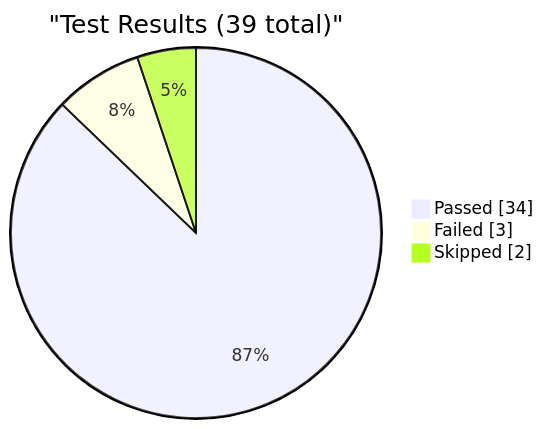
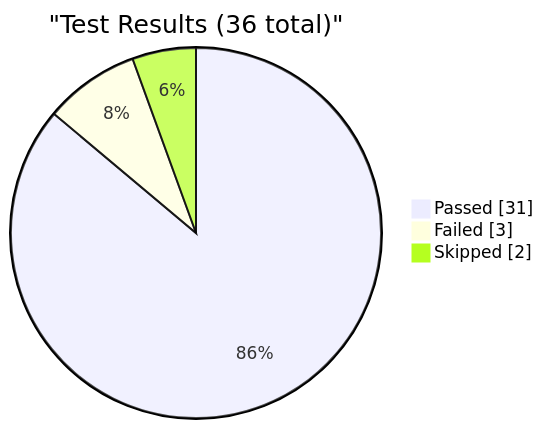
The first of 6 diagrams in reports/dashboard.md (EliteaAI/onetest-ai-tm-Elitea), drawn with Mermaid before and after one commit. The commit also changed other lines of this file and 1 other file, not shown here.

Commit message:
dashboard: update test metrics for RUN-ELITEA-2026-10-21-308-DEV-CHAT-FAILED

````diff
--- a/reports/dashboard.md
+++ b/reports/dashboard.md
@@ -9,7 +9,7 @@
 ```mermaid
 pie showData
-    title "Test Results (39 total)"
-    "Passed" : 34
+    title "Test Results (36 total)"
+    "Passed" : 31
     "Failed" : 3
     "Skipped" : 2
 ```
````
